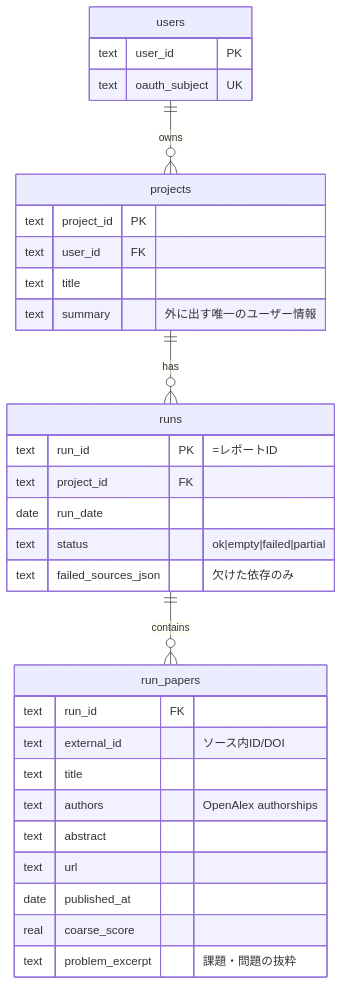
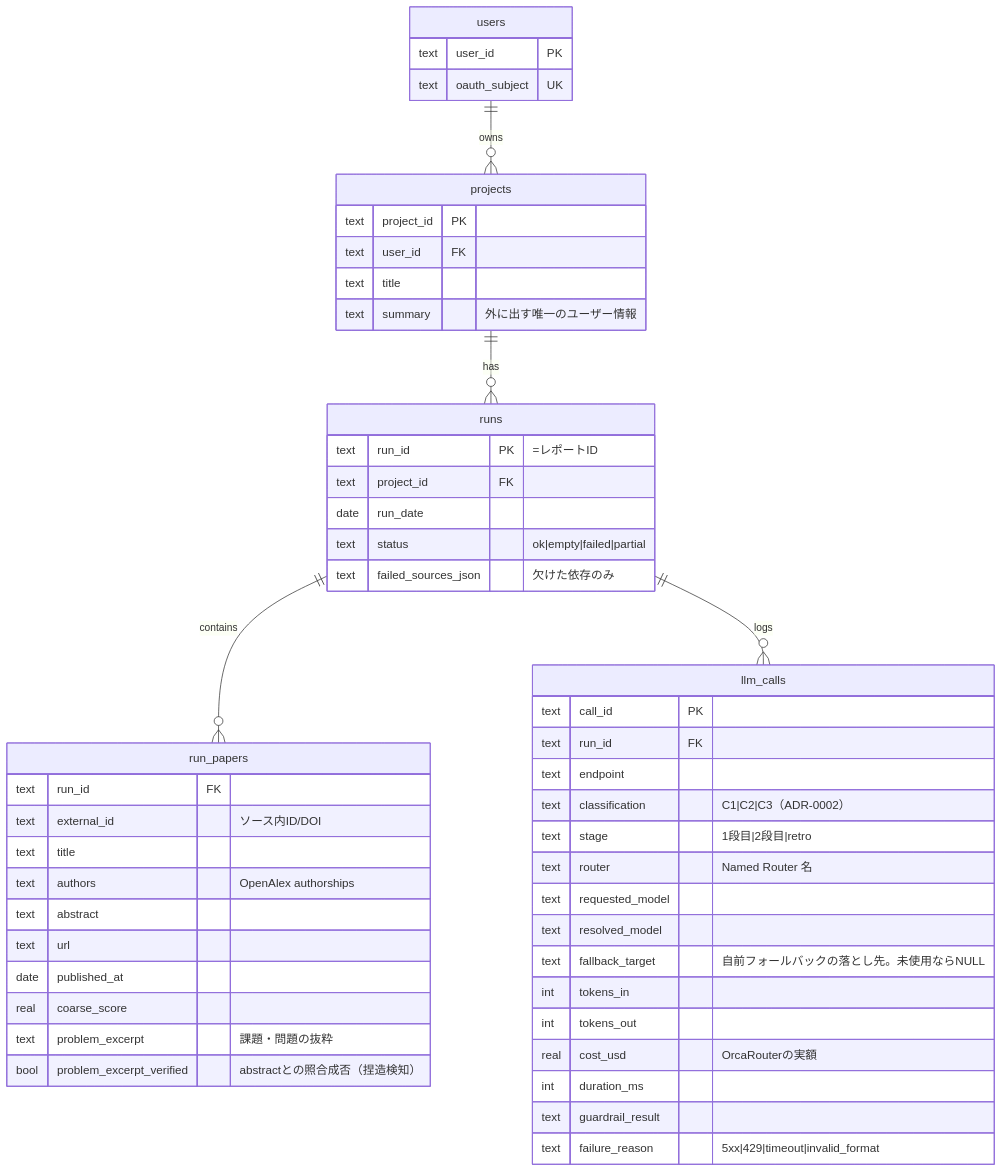
The first of 2 diagrams in docs/er-diagram.md (uzak0209/AI-Research), drawn with Mermaid before and after one commit. The commit also changed other lines of this file, not shown here.

Commit message:
docs: ER図にllm_calls表とrun_papers照合列を反映
ADR-0005 §9・§10 で承認済みのllm_calls表追加とrun_papersへの
problem_excerpt照合列が er-diagram.md に反映されておらず、
「持たない表と代償」節もADR-0004時代のllm_usage不要という
前提のまま矛盾していたため修正（#45）。

````diff
--- a/docs/er-diagram.md
+++ b/docs/er-diagram.md
@@ -32,35 +32,54 @@
 ```mermaid
 erDiagram
     users ||--o{ projects : owns
     projects ||--o{ runs : has
     runs ||--o{ run_papers : contains
+    runs ||--o{ llm_calls : logs
 
     users {
         text user_id PK
         text oauth_subject UK
     }
     projects {
         text project_id PK
         text user_id FK
         text title
         text summary "外に出す唯一のユーザー情報"
     }
     runs {
         text run_id PK "=レポートID"
         text project_id FK
         date run_date
         text status "ok|empty|failed|partial"
         text failed_sources_json "欠けた依存のみ"
     }
     run_papers {
         text run_id FK
         text external_id "ソース内ID/DOI"
         text title
         text authors "OpenAlex authorships"
         text abstract
         text url
         date published_at
         real coarse_score
         text problem_excerpt "課題・問題の抜粋"
+        bool problem_excerpt_verified "abstractとの照合成否（捏造検知）"
+    }
+    llm_calls {
+        text call_id PK
+        text run_id FK
+        text endpoint
+        text classification "C1|C2|C3（ADR-0002）"
+        text stage "1段目|2段目|retro"
+        text router "Named Router 名"
+        text requested_model
+        text resolved_model
+        text fallback_target "自前フォールバックの落とし先。未使用ならNULL"
+        int tokens_in
+        int tokens_out
+        real cost_usd "OrcaRouterの実額"
+        int duration_ms
+        text guardrail_result
+        text failure_reason "5xx|429|timeout|invalid_format"
     }
 ```
````
